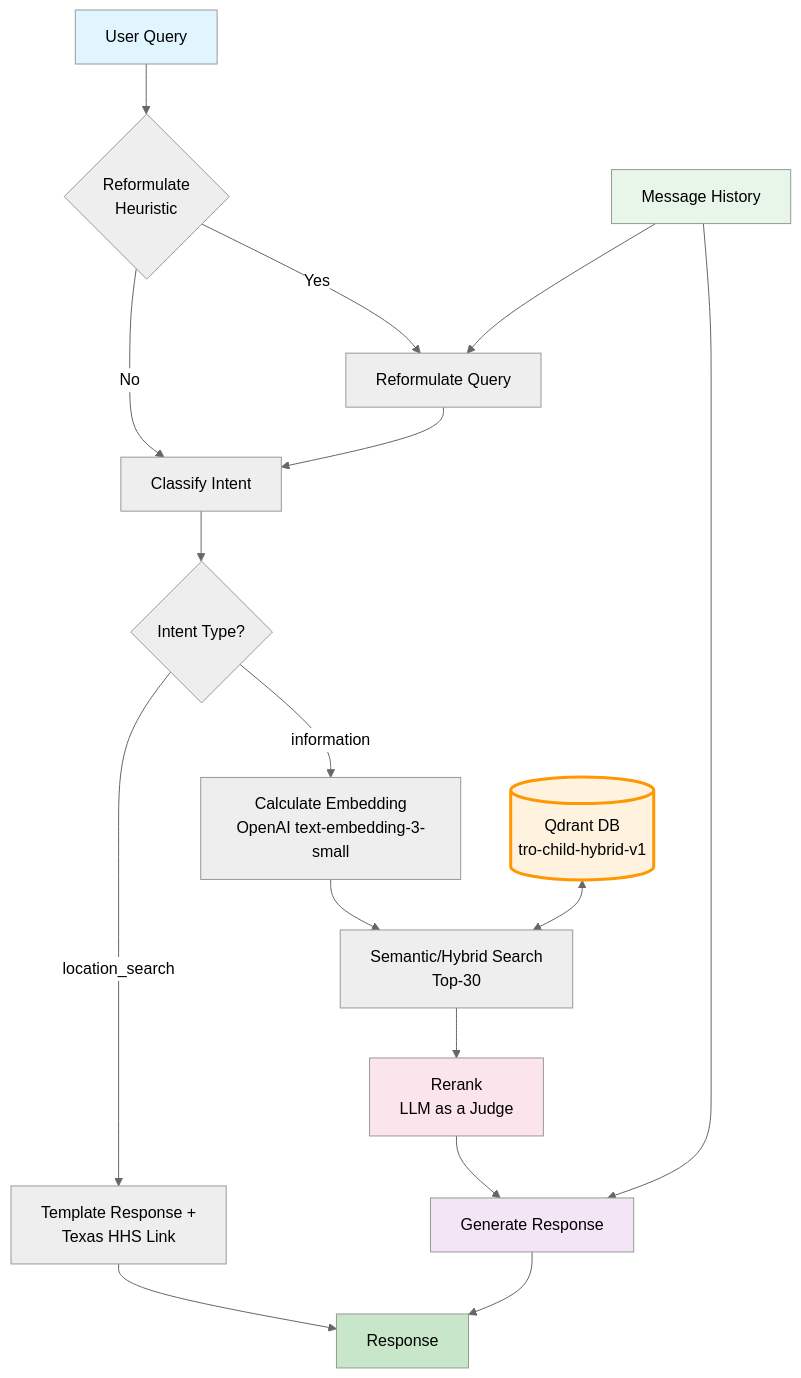
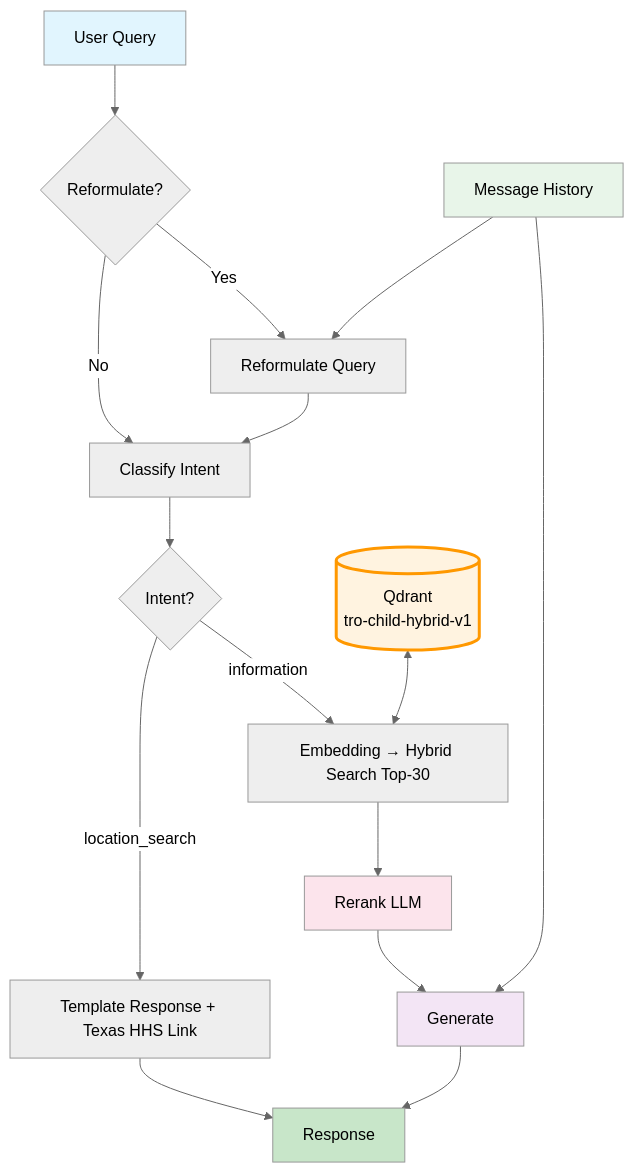
The diagram in SPECS/diagrams/custom-rag-diagram.md (techybolek/child), drawn with Mermaid (neutral theme) before and after one commit. The commit also changed 1 other file, not shown here.

Commit message:
chore: shorten diagram node labels for readability
🤖 Generated with [Claude Code](https://claude.com/claude-code)

````diff
--- a/SPECS/diagrams/custom-rag-diagram.md
+++ b/SPECS/diagrams/custom-rag-diagram.md
@@ -3,32 +3,24 @@
 ```mermaid
 flowchart TD
-    A[User Query] --> B{Reformulate<br/>Heuristic}
+    A[User Query] --> B{Reformulate?}
+    B -->|Yes| C[Reformulate Query]
+    B -->|No| D
+    C --> D[Classify Intent]
 
-    B -->|Yes| C[Reformulate Query]
-    B -->|No| D[Classify Intent]
-    C --> D
+    D --> E{Intent?}
+    E -->|location_search| F[Template Response + Texas HHS Link] --> Z[Response]
 
-    D --> E{Intent Type?}
+    E -->|information| G[Embedding → Hybrid Search Top-30]
+    QDB[(Qdrant<br/>tro-child-hybrid-v1)] <--> G
+    G --> I[Rerank LLM] --> J[Generate] --> Z
 
-    E -->|location_search| F[Template Response +<br/>Texas HHS Link]
-    F --> Z[Response]
-
-    E -->|information| G[Calculate Embedding<br/>OpenAI text-embedding-3-small]
-    G --> H[Semantic/Hybrid Search<br/>Top-30]
-    QDB[(Qdrant DB<br/>tro-child-hybrid-v1)] <--> H
-
-    H --> I[Rerank<br/>LLM as a Judge]
-
-    I --> J[Generate Response]
     MEM[Message History] --> C
     MEM --> J
-
-    J --> Z
 
     style A fill:#e1f5fe
     style Z fill:#c8e6c9
     style QDB fill:#fff3e0,stroke:#ff9800,stroke-width:3px
     style I fill:#fce4ec
     style J fill:#f3e5f5
     style MEM fill:#e8f5e9
 ```
````
